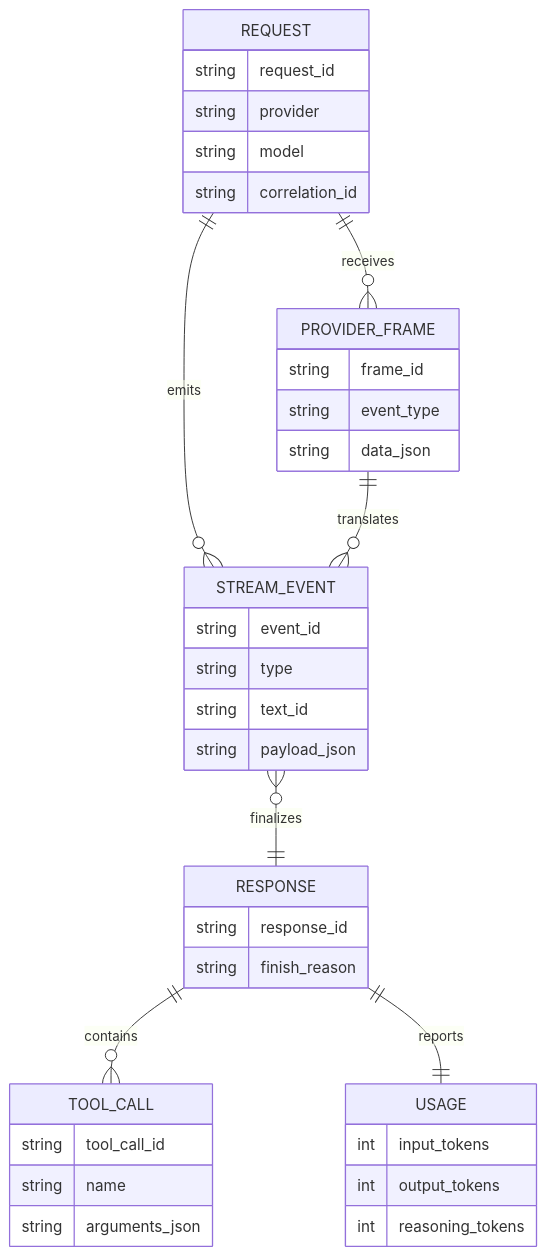
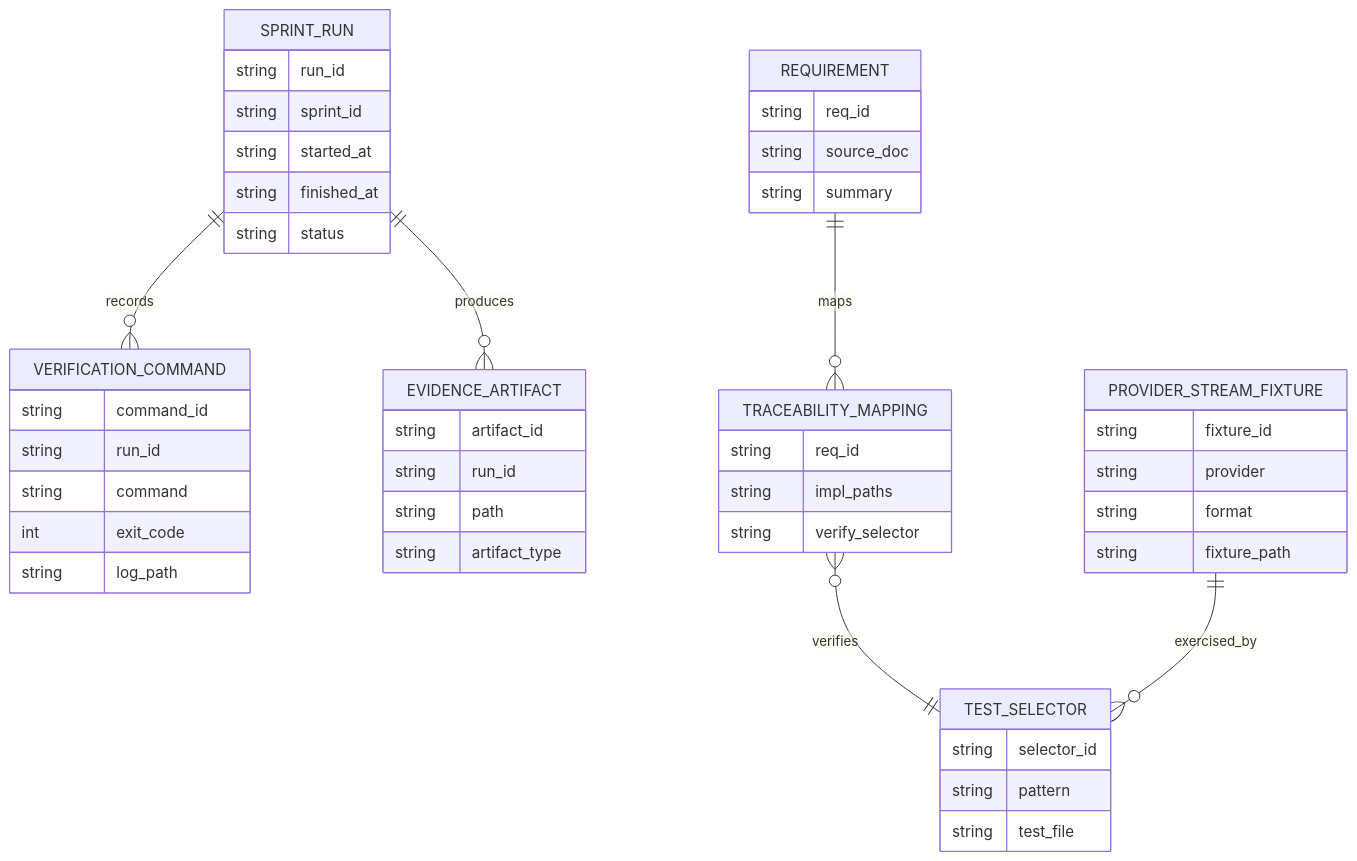
One commit to jaytaylor/attractor-tcl changed the second of 5 diagrams in docs/sprints/SPRINT-005-comprehensive-implementation-plan.md. Above: the diagram before and after it, drawn with Mermaid. The commit also changed other lines of this file, not shown here.

Commit message:
docs: rewrite sprint 005 comprehensive implementation plan

````diff
--- a/docs/sprints/SPRINT-005-comprehensive-implementation-plan.md
+++ b/docs/sprints/SPRINT-005-comprehensive-implementation-plan.md
@@ -999,41 +523,50 @@
 ```mermaid
 erDiagram
-  REQUEST ||--o{ STREAM_EVENT : emits
-  REQUEST ||--o{ PROVIDER_FRAME : receives
-  PROVIDER_FRAME ||--o{ STREAM_EVENT : translates
-  STREAM_EVENT }o--|| RESPONSE : finalizes
-  RESPONSE ||--o{ TOOL_CALL : contains
-  RESPONSE ||--|| USAGE : reports
+  SPRINT_RUN ||--o{ VERIFICATION_COMMAND : records
+  SPRINT_RUN ||--o{ EVIDENCE_ARTIFACT : produces
+  REQUIREMENT ||--o{ TRACEABILITY_MAPPING : maps
+  TRACEABILITY_MAPPING }o--|| TEST_SELECTOR : verifies
+  PROVIDER_STREAM_FIXTURE ||--o{ TEST_SELECTOR : exercised_by
 
-  REQUEST {
-    string request_id
+  SPRINT_RUN {
+    string run_id
+    string sprint_id
+    string started_at
+    string finished_at
+    string status
+  }
+  VERIFICATION_COMMAND {
+    string command_id
+    string run_id
+    string command
+    int exit_code
+    string log_path
+  }
+  EVIDENCE_ARTIFACT {
+    string artifact_id
+    string run_id
+    string path
+    string artifact_type
+  }
+  REQUIREMENT {
+    string req_id
+    string source_doc
+    string summary
+  }
+  TRACEABILITY_MAPPING {
+    string req_id
+    string impl_paths
+    string verify_selector
+  }
+  TEST_SELECTOR {
+    string selector_id
+    string pattern
+    string test_file
+  }
+  PROVIDER_STREAM_FIXTURE {
+    string fixture_id
     string provider
-    string model
-    string correlation_id
-  }
-  PROVIDER_FRAME {
-    string frame_id
-    string event_type
-    string data_json
-  }
-  STREAM_EVENT {
-    string event_id
-    string type
-    string text_id
-    string payload_json
-  }
-  RESPONSE {
-    string response_id
-    string finish_reason
-  }
-  TOOL_CALL {
-    string tool_call_id
-    string name
-    string arguments_json
-  }
-  USAGE {
-    int input_tokens
-    int output_tokens
-    int reasoning_tokens
+    string format
+    string fixture_path
   }
 ```
````
